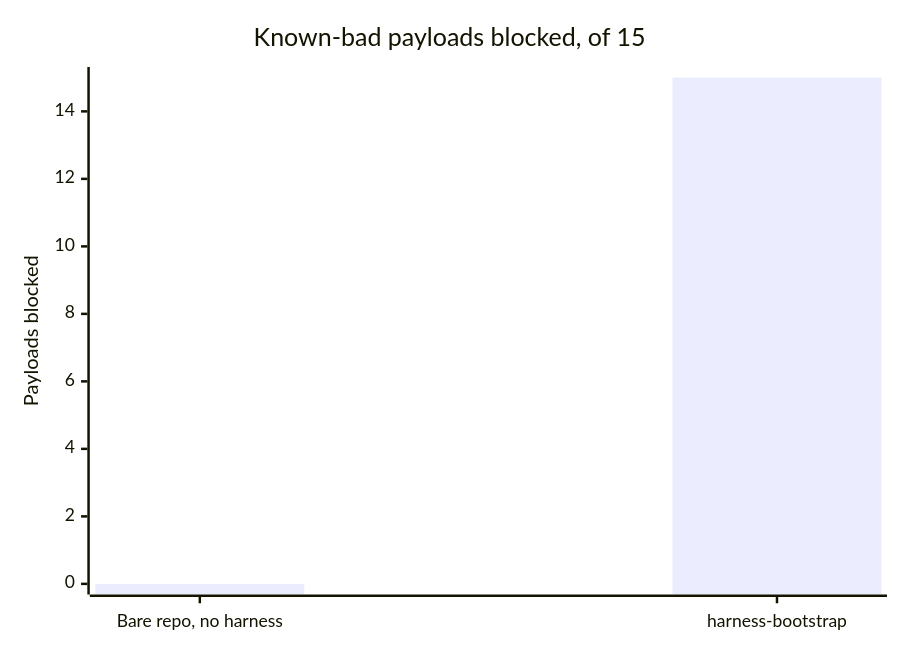
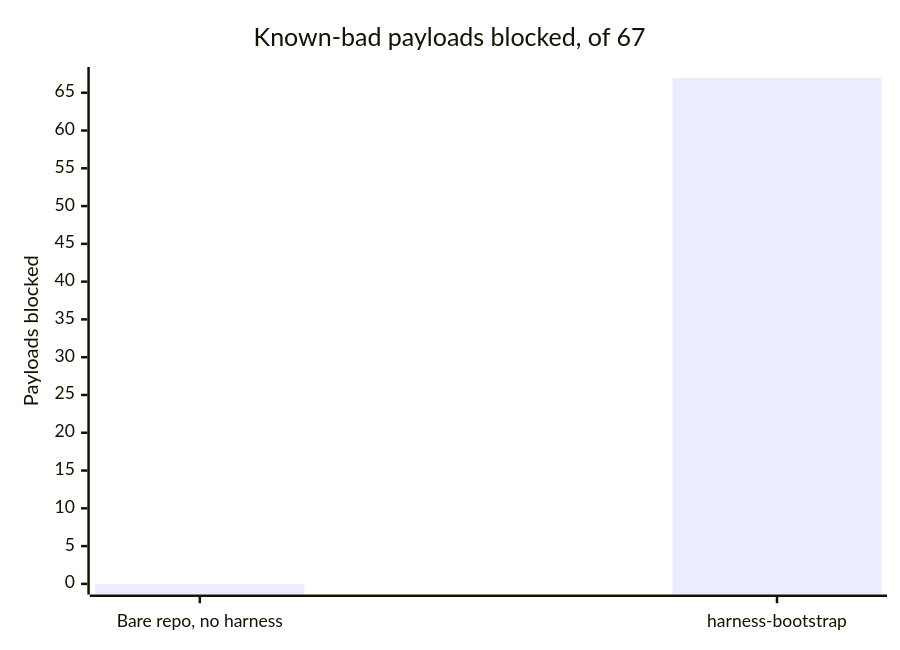
Before and after one commit to nguyenhx2/agent-harness-bootstrap: the first of 2 diagrams in benchmark/RESULTS.md, drawn with Mermaid. The commit also changed other lines of this file and 629 other files, not shown here.

````diff
--- a/benchmark/RESULTS.md
+++ b/benchmark/RESULTS.md
@@ -30,7 +38,7 @@
 ```mermaid
 xychart-beta
-    title "Known-bad payloads blocked, of 15"
+    title "Known-bad payloads blocked, of 67"
     x-axis ["Bare repo, no harness", "harness-bootstrap"]
-    y-axis "Payloads blocked" 0 --> 15
-    bar [0, 15]
+    y-axis "Payloads blocked" 0 --> 67
+    bar [0, 67]
 ```
````
